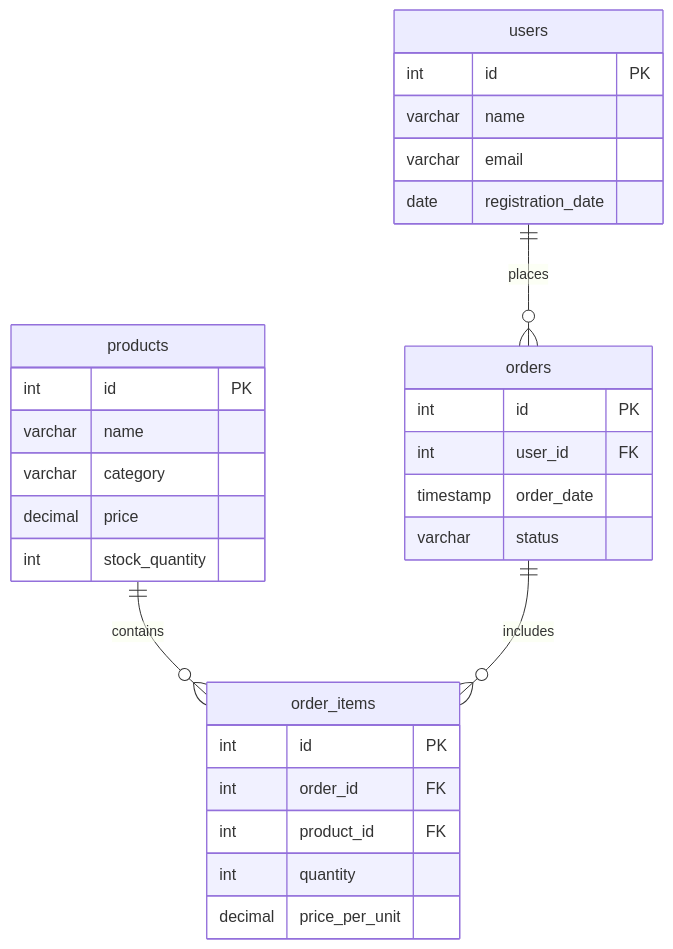
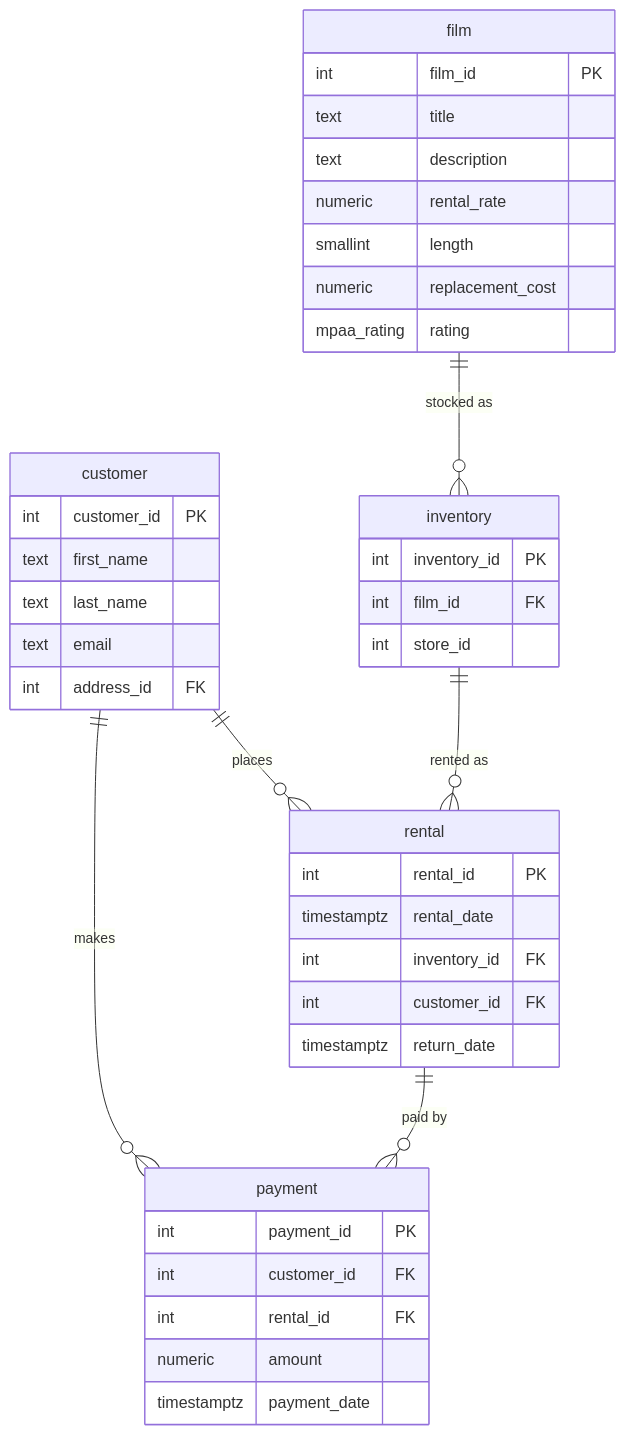
Before and after one commit to dedanimalfarm/lern: the diagram in labs/sql-basics/README.md, drawn with Mermaid. The commit also changed other lines of this file and 3 other files, not shown here.

First line of the commit message:
docs(sql-basics): привести модуль 01 и README курса к схеме Pagila

````diff
--- a/labs/sql-basics/README.md
+++ b/labs/sql-basics/README.md
@@ -28,35 +33,48 @@
 ```mermaid
 erDiagram
-    users ||--o{ orders : places
-    users {
-        int id PK
-        varchar name
-        varchar email
-        date registration_date
+    customer ||--o{ rental : places
+    customer ||--o{ payment : makes
+    film ||--o{ inventory : "stocked as"
+    inventory ||--o{ rental : "rented as"
+    rental ||--o{ payment : "paid by"
+
+    customer {
+        int customer_id PK
+        text first_name
+        text last_name
+        text email
+        int address_id FK
     }
-    
-    products ||--o{ order_items : contains
-    products {
-        int id PK
-        varchar name
-        varchar category
-        decimal price
-        int stock_quantity
+
+    film {
+        int film_id PK
+        text title
+        text description
+        numeric rental_rate
+        smallint length
+        numeric replacement_cost
+        mpaa_rating rating
     }
-    
-    orders ||--o{ order_items : includes
-    orders {
-        int id PK
-        int user_id FK
-        timestamp order_date
-        varchar status
+
+    inventory {
+        int inventory_id PK
+        int film_id FK
+        int store_id
     }
-    
-    order_items {
-        int id PK
-        int order_id FK
-        int product_id FK
-        int quantity
-        decimal price_per_unit
+
+    rental {
+        int rental_id PK
+        timestamptz rental_date
+        int inventory_id FK
+        int customer_id FK
+        timestamptz return_date
+    }
+
+    payment {
+        int payment_id PK
+        int customer_id FK
+        int rental_id FK
+        numeric amount
+        timestamptz payment_date
     }
 ```
````
